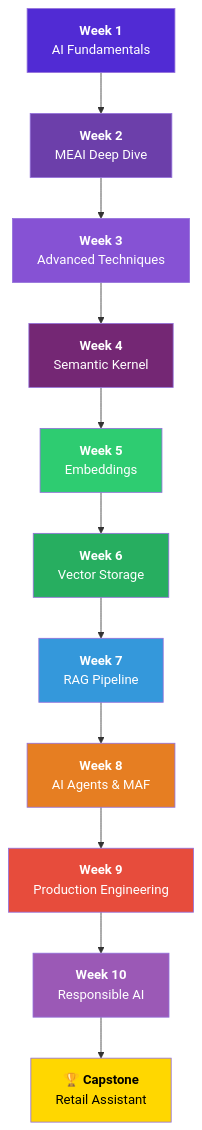
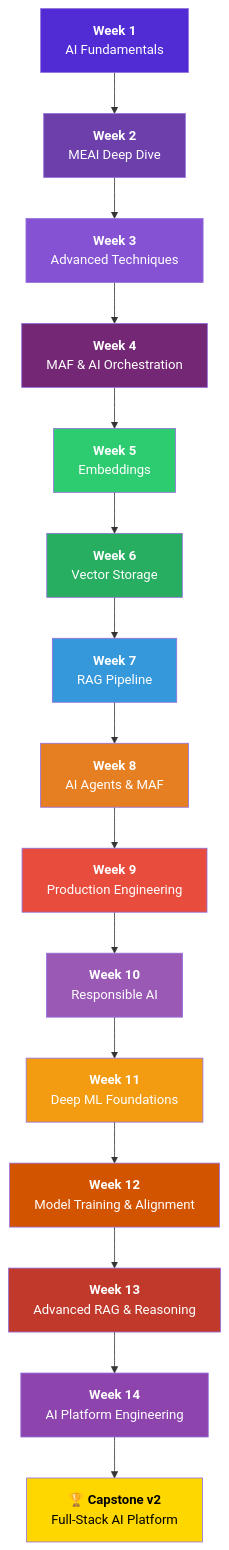
The diagram in README.md (itsrajkumar/AI-Engineer-Dotnet), drawn with Mermaid before and after one commit. The commit also changed other lines of this file and 78 other files, not shown here.

Commit message:
Update curriculum roadmap and expand AI content

````diff
--- a/README.md
+++ b/README.md
@@ -42,25 +42,33 @@
 ```mermaid
 graph TD
     W1[<b>Week 1</b><br/>AI Fundamentals] --> W2[<b>Week 2</b><br/>MEAI Deep Dive]
     W2 --> W3[<b>Week 3</b><br/>Advanced Techniques]
-    W3 --> W4[<b>Week 4</b><br/>Semantic Kernel]
+    W3 --> W4[<b>Week 4</b><br/>MAF & AI Orchestration]
     W4 --> W5[<b>Week 5</b><br/>Embeddings]
     W5 --> W6[<b>Week 6</b><br/>Vector Storage]
     W6 --> W7[<b>Week 7</b><br/>RAG Pipeline]
     W7 --> W8[<b>Week 8</b><br/>AI Agents & MAF]
     W8 --> W9[<b>Week 9</b><br/>Production Engineering]
     W9 --> W10[<b>Week 10</b><br/>Responsible AI]
-    W10 --> CP[<b>🏆 Capstone</b><br/>Retail Assistant]
+    W10 --> W11[<b>Week 11</b><br/>Deep ML Foundations]
+    W11 --> W12[<b>Week 12</b><br/>Model Training & Alignment]
+    W12 --> W13[<b>Week 13</b><br/>Advanced RAG & Reasoning]
+    W13 --> W14[<b>Week 14</b><br/>AI Platform Engineering]
+    W14 --> CP[<b>🏆 Capstone v2</b><br/>Full-Stack AI Platform]
 
     style W1 fill:#512BD4,color:#fff
     style W2 fill:#6C3FAA,color:#fff
     style W3 fill:#8652D4,color:#fff
     style W4 fill:#742774,color:#fff
     style W5 fill:#2ecc71,color:#fff
     style W6 fill:#27ae60,color:#fff
     style W7 fill:#3498db,color:#fff
     style W8 fill:#e67e22,color:#fff
     style W9 fill:#e74c3c,color:#fff
     style W10 fill:#9b59b6,color:#fff
+    style W11 fill:#f39c12,color:#fff
+    style W12 fill:#d35400,color:#fff
+    style W13 fill:#c0392b,color:#fff
+    style W14 fill:#8e44ad,color:#fff
     style CP fill:#ffd700,color:#000
 ```
````
